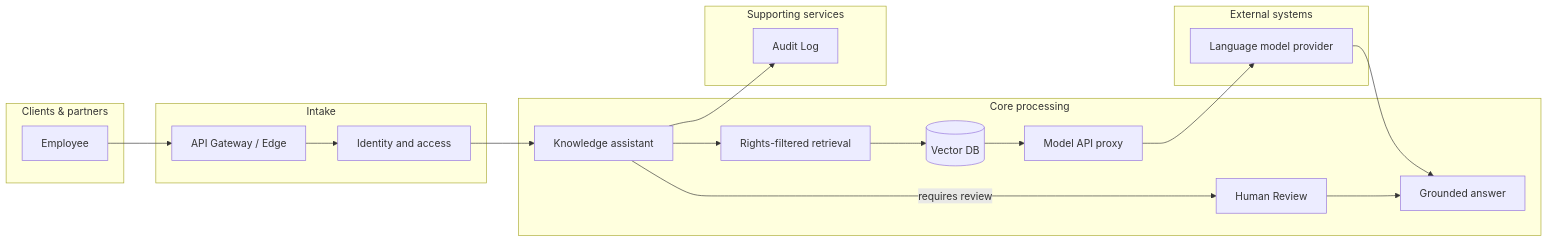
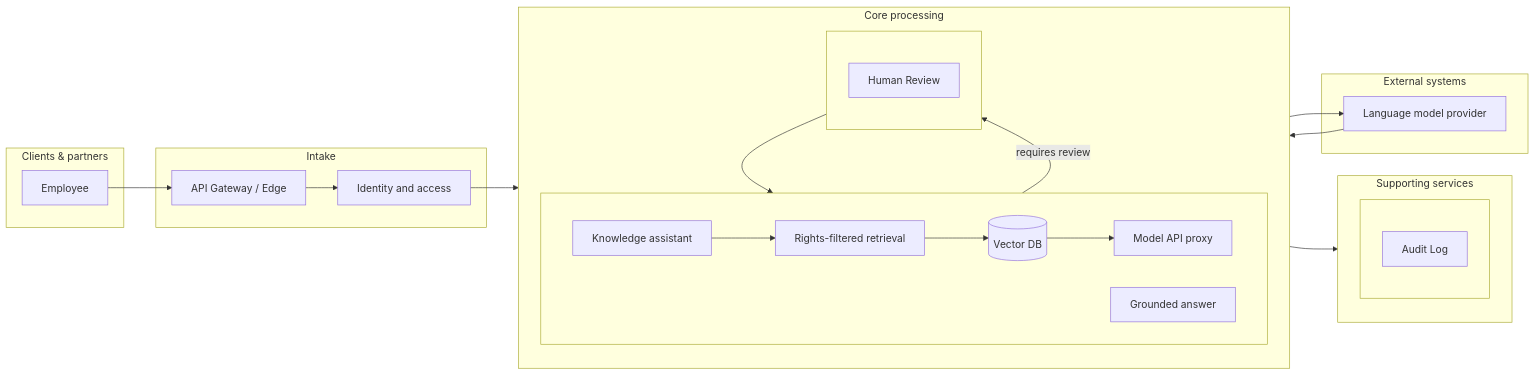
The first of 6 diagrams in hld-ml-designer/skills/ml-system-hld/references/examples-ml-ai.md (somebodywastoldme/high-level-design-skill), drawn with Mermaid before and after one commit. The commit also changed 1 other file, not shown here.

Commit message:
fix: stabilize Mermaid exception layout

````diff
--- a/hld-ml-designer/skills/ml-system-hld/references/examples-ml-ai.md
+++ b/hld-ml-designer/skills/ml-system-hld/references/examples-ml-ai.md
@@ -20,28 +20,40 @@
 ```mermaid
 flowchart LR
   subgraph clients["Clients & partners"]
     employee["Employee"]
   end
   subgraph intake["Intake"]
     edge["API Gateway / Edge"]
     identity["Identity and access"]
   end
   subgraph processing["Core processing"]
-    assistant["Knowledge assistant"]
-    retrieve["Rights-filtered retrieval"]
-    vector[("Vector DB")]
-    proxy["Model API proxy"]
-    answer["Grounded answer"]
-    review["Human Review"]
+    direction TB
+    subgraph happyPath[" "]
+      direction LR
+      assistant["Knowledge assistant"]
+      retrieve["Rights-filtered retrieval"]
+      vector[("Vector DB")]
+      proxy["Model API proxy"]
+      answer["Grounded answer"]
+    end
+    subgraph exceptionPath[" "]
+      direction TB
+      review["Human Review"]
+    end
   end
   subgraph support["Supporting services"]
-    audit["Audit Log"]
+    direction TB
+    subgraph supportLayout[" "]
+      direction TB
+      audit["Audit Log"]
+    end
   end
   subgraph external["External systems"]
     llm["Language model provider"]
   end
 
   employee --> edge --> identity --> assistant --> retrieve --> vector --> proxy --> llm --> answer
   assistant --> audit
   assistant -->|"requires review"| review --> answer
+  review ~~~ audit
 ```
````
